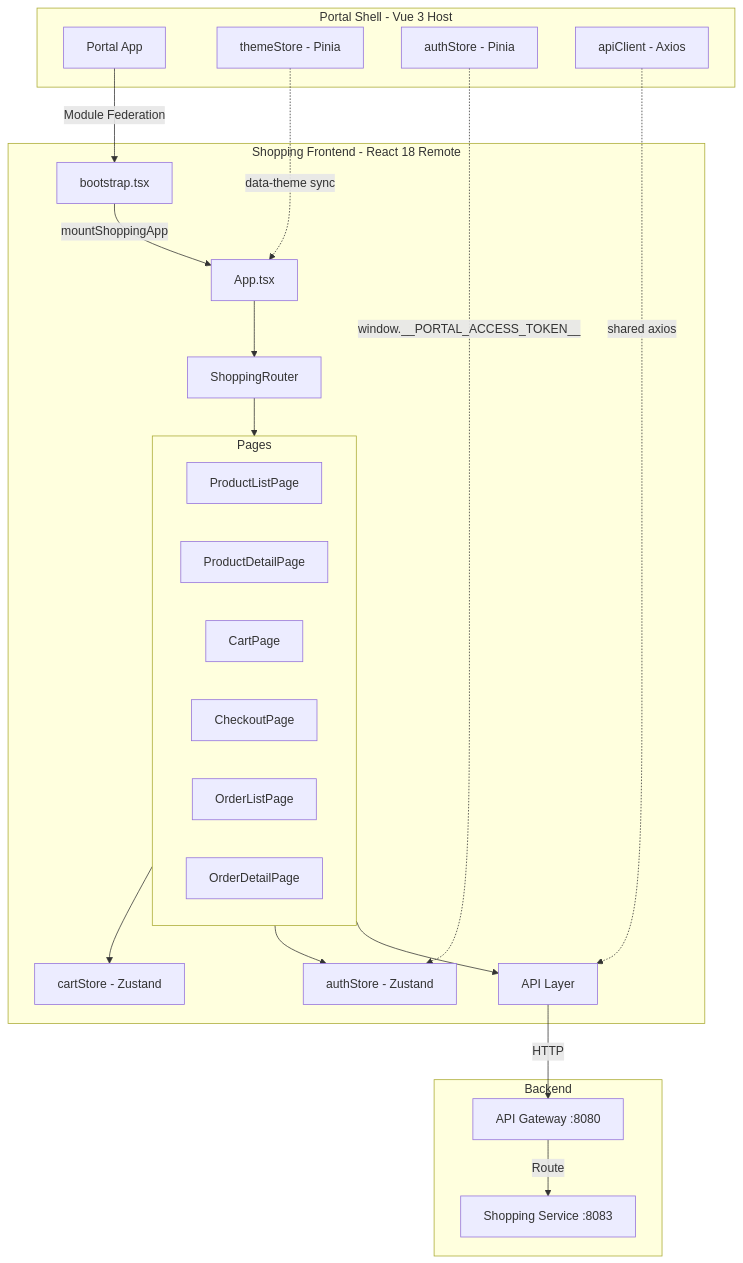
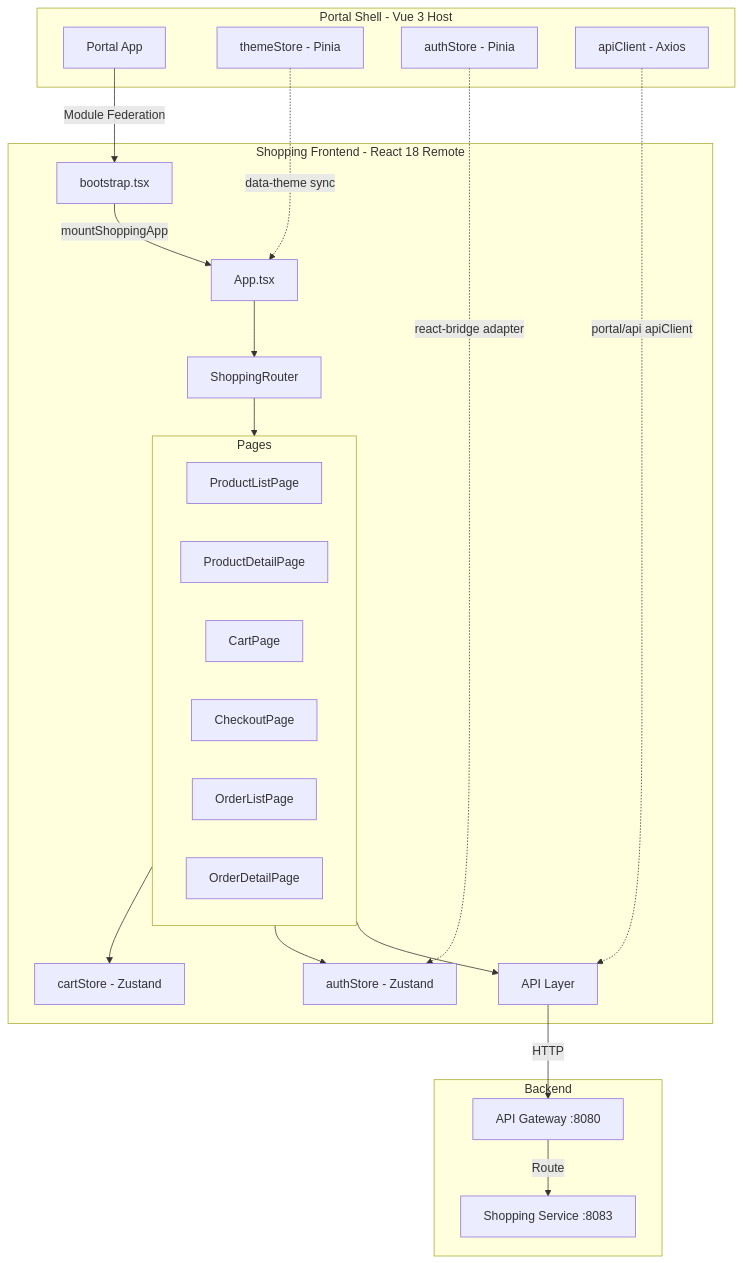
Before and after one commit to L-a-z-e/portal-universe: the first of 3 diagrams in frontend/shopping-frontend/docs/architecture/system-overview.md, drawn with Mermaid. The commit also changed other lines of this file and 3 other files, not shown here.

First line of the commit message:
refactor(shopping): integrate portal/api client with local fallback

````diff
--- a/frontend/shopping-frontend/docs/architecture/system-overview.md
+++ b/frontend/shopping-frontend/docs/architecture/system-overview.md
@@ -42,48 +42,48 @@
 ```mermaid
 graph TB
     subgraph Portal Shell [Portal Shell - Vue 3 Host]
         PS[Portal App]
         TS[themeStore - Pinia]
         AS[authStore - Pinia]
         AC[apiClient - Axios]
     end
 
     subgraph Shopping Frontend [Shopping Frontend - React 18 Remote]
         BS[bootstrap.tsx]
         APP[App.tsx]
         RT[ShoppingRouter]
         CS[cartStore - Zustand]
         RAS[authStore - Zustand]
         API[API Layer]
 
         subgraph Pages
             PL[ProductListPage]
             PD[ProductDetailPage]
             CP[CartPage]
             CK[CheckoutPage]
             OL[OrderListPage]
             OD[OrderDetailPage]
         end
     end
 
     subgraph Backend
         GW[API Gateway :8080]
         SS[Shopping Service :8083]
     end
 
     PS -->|Module Federation| BS
     BS -->|mountShoppingApp| APP
     APP --> RT
     RT --> Pages
 
     TS -.->|data-theme sync| APP
-    AS -.->|window.__PORTAL_ACCESS_TOKEN__| RAS
-    AC -.->|shared axios| API
+    AS -.->|react-bridge adapter| RAS
+    AC -.->|portal/api apiClient| API
 
     Pages --> CS
     Pages --> RAS
     Pages --> API
 
     API -->|HTTP| GW
     GW -->|Route| SS
 ```
````
